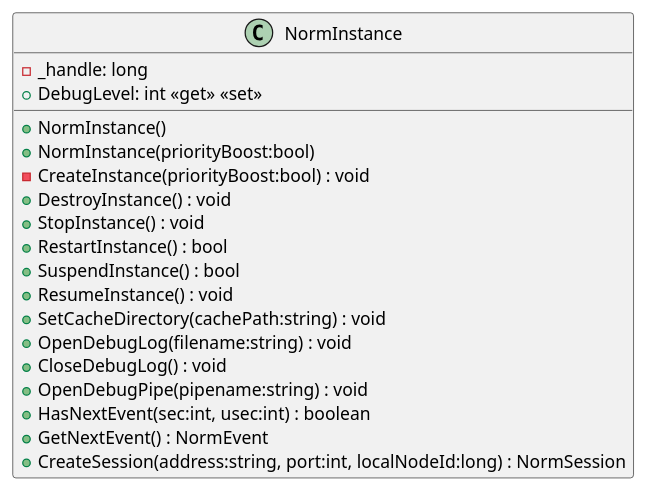
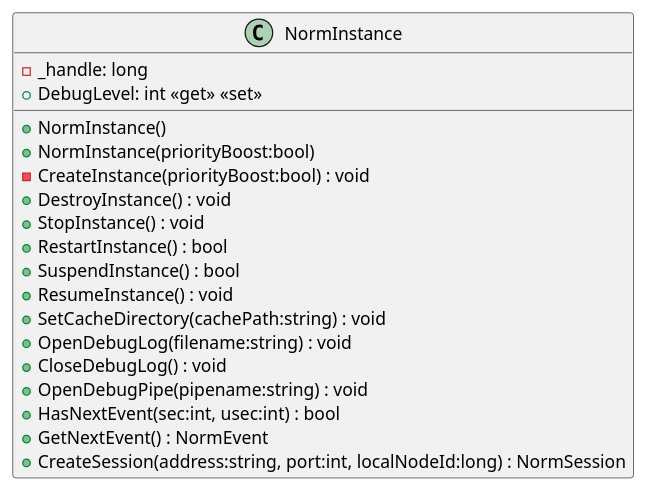
One commit to mullerj/norm changed the diagram in src/dotnet/design/Mil/Navy/Nrl/Norm/NormInstance.puml. Above: the diagram before and after it, drawn with PlantUML. The commit also changed 1 other file, not shown here.

Commit message:
Fixed HasNextEvent design

```diff
--- a/src/dotnet/design/Mil/Navy/Nrl/Norm/NormInstance.puml
+++ b/src/dotnet/design/Mil/Navy/Nrl/Norm/NormInstance.puml
@@ -1,21 +1,21 @@
 @startuml
 class NormInstance {
     - _handle: long
     + NormInstance()
     + NormInstance(priorityBoost:bool)
     - CreateInstance(priorityBoost:bool) : void
     + DestroyInstance() : void
     + StopInstance() : void
     + RestartInstance() : bool
     + SuspendInstance() : bool
     + ResumeInstance() : void
     + SetCacheDirectory(cachePath:string) : void
     + OpenDebugLog(filename:string) : void
     + CloseDebugLog() : void
     + OpenDebugPipe(pipename:string) : void
     + DebugLevel: int <<get>> <<set>>
-    + HasNextEvent(sec:int, usec:int) : boolean
+    + HasNextEvent(sec:int, usec:int) : bool
     + GetNextEvent() : NormEvent
     + CreateSession(address:string, port:int, localNodeId:long) : NormSession
 }
 @enduml
```
